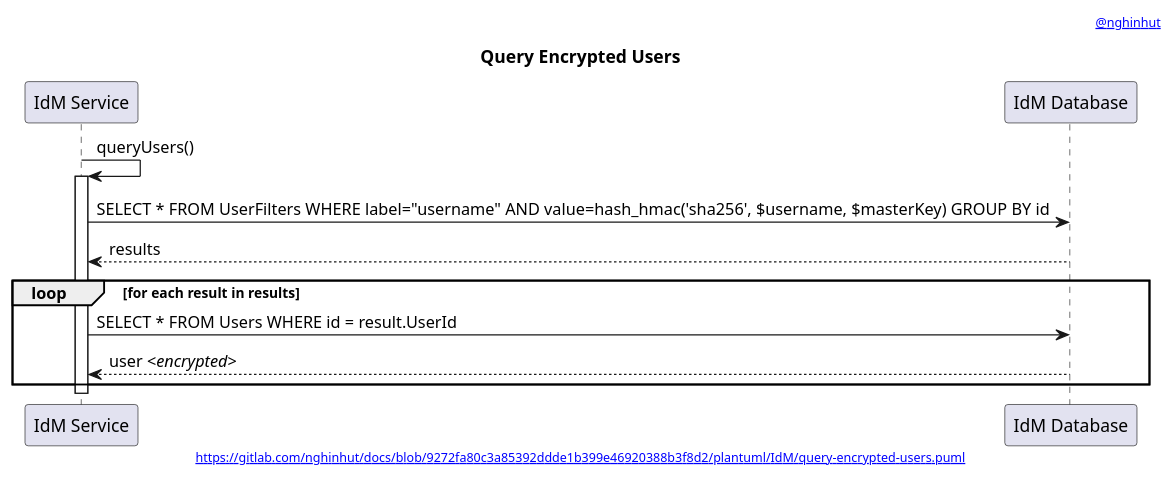
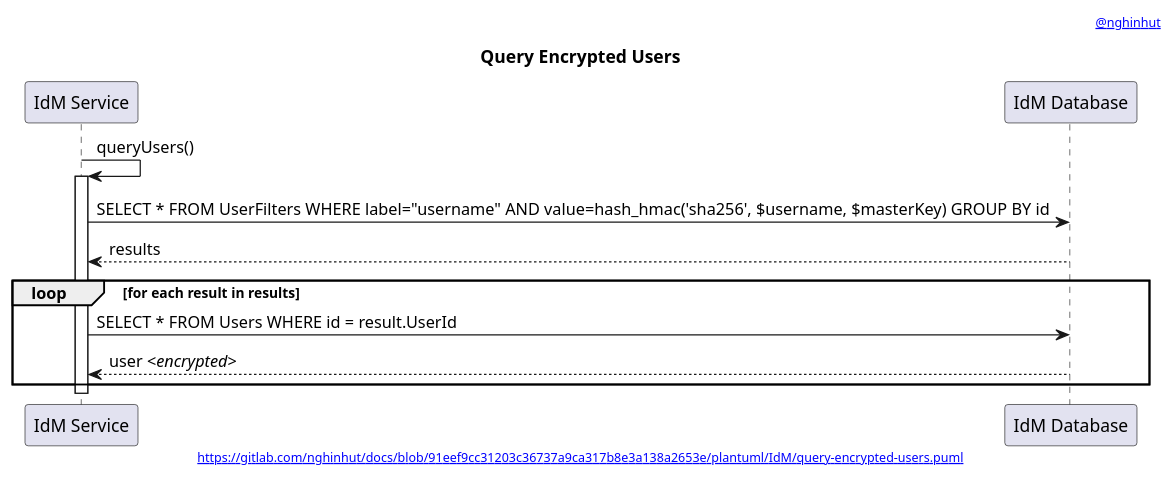
One commit to nghinhut/docs changed the diagram in plantuml/IdM/query-encrypted-users.function.puml. Above: the diagram before and after it, drawn with PlantUML. The commit also changed 24 other files, not shown here.

Commit message:
docs(plantuml): update headers

```diff
--- a/plantuml/IdM/query-encrypted-users.function.puml
+++ b/plantuml/IdM/query-encrypted-users.function.puml
@@ -1,22 +1,22 @@
 @startuml
 '-----START auto generated metadata please keep comment here to allow auto update-----
 '-----DON'T EDIT THIS SECTION, INSTEAD RE-RUN prebuild.sh TO UPDATE-----
-header [[https://www.nghinhut.dev?from=http%5C%3A%5C%2F%5C%2Fwww%5C.plantuml%5C.com%5C%2Fplantuml%5C%2Fproxy%3Ffmt%3Dsvg%5C%26src%3Dhttps%5C%3A%5C%2F%5C%2Fgitlab%5C.com%5C%2Fnghinhut%5C%2Fdocs%5C%2Fraw%5C%2F9272fa80c3a85392ddde1b399e46920388b3f8d2%5C%2Fplantuml%5C%2FIdM%5C%2Fquery-encrypted-users%5C.puml%0A @nghinhut]]
-footer [[http://www.plantuml.com/plantuml/proxy?fmt=svg&src=https://gitlab.com/nghinhut/docs/raw/9272fa80c3a85392ddde1b399e46920388b3f8d2/plantuml/IdM/query-encrypted-users.puml https://gitlab.com/nghinhut/docs/blob/9272fa80c3a85392ddde1b399e46920388b3f8d2/plantuml/IdM/query-encrypted-users.puml]]
+header [[https://www.nghinhut.dev?from=http%5C%3A%5C%2F%5C%2Fwww%5C.plantuml%5C.com%5C%2Fplantuml%5C%2Fproxy%3Ffmt%3Dsvg%5C%26src%3Dhttps%5C%3A%5C%2F%5C%2Fgitlab%5C.com%5C%2Fnghinhut%5C%2Fdocs%5C%2Fraw%5C%2F91eef9cc31203c36737a9ca317b8e3a138a2653e%5C%2Fplantuml%5C%2FIdM%5C%2Fquery-encrypted-users%5C.puml%0A @nghinhut]]
+footer [[http://www.plantuml.com/plantuml/proxy?fmt=svg&src=https://gitlab.com/nghinhut/docs/raw/91eef9cc31203c36737a9ca317b8e3a138a2653e/plantuml/IdM/query-encrypted-users.puml https://gitlab.com/nghinhut/docs/blob/91eef9cc31203c36737a9ca317b8e3a138a2653e/plantuml/IdM/query-encrypted-users.puml]]
 '-----END auto generated metadata please keep comment here to allow auto update-----
 title Query Encrypted Users
 
 participant "IdM Service" as idm
 participant "IdM Database" as db
 
 idm -> idm : queryUsers()
 activate idm
     idm -> db : SELECT * FROM UserFilters WHERE label="username" AND value=hash_hmac('sha256', $username, $masterKey) GROUP BY id
     idm <-- db : results
 
     loop for each result in results
         idm -> db : SELECT * FROM Users WHERE id = result.UserId
         idm <-- db : user <//encrypted//>
     end
 deactivate idm
 @enduml
```
